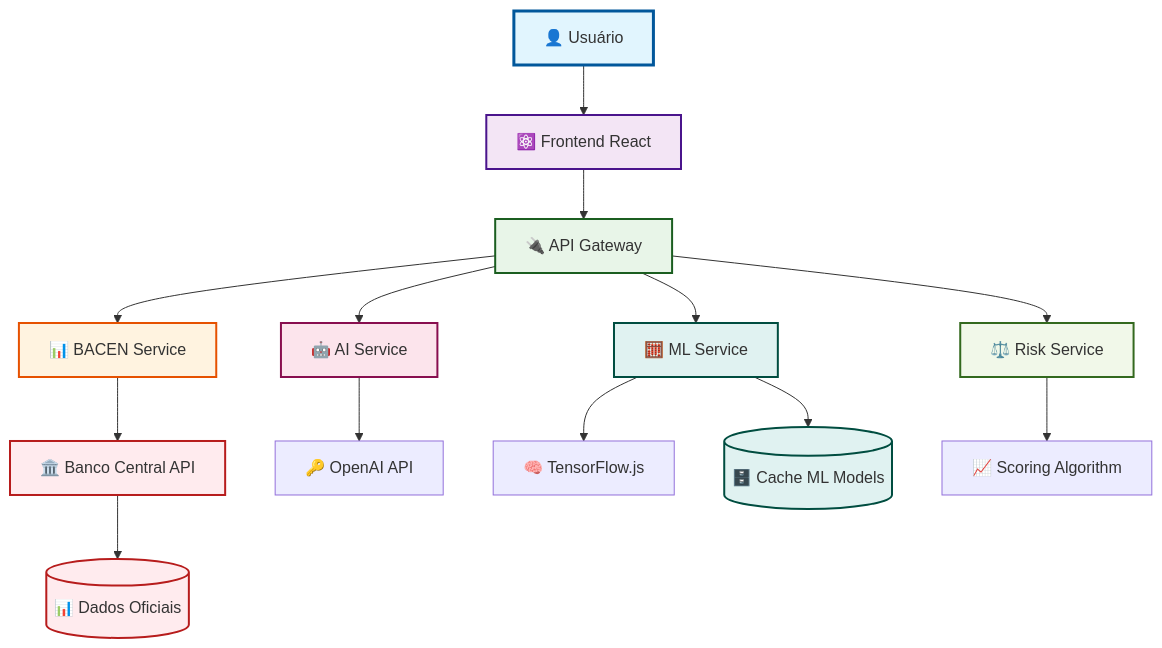
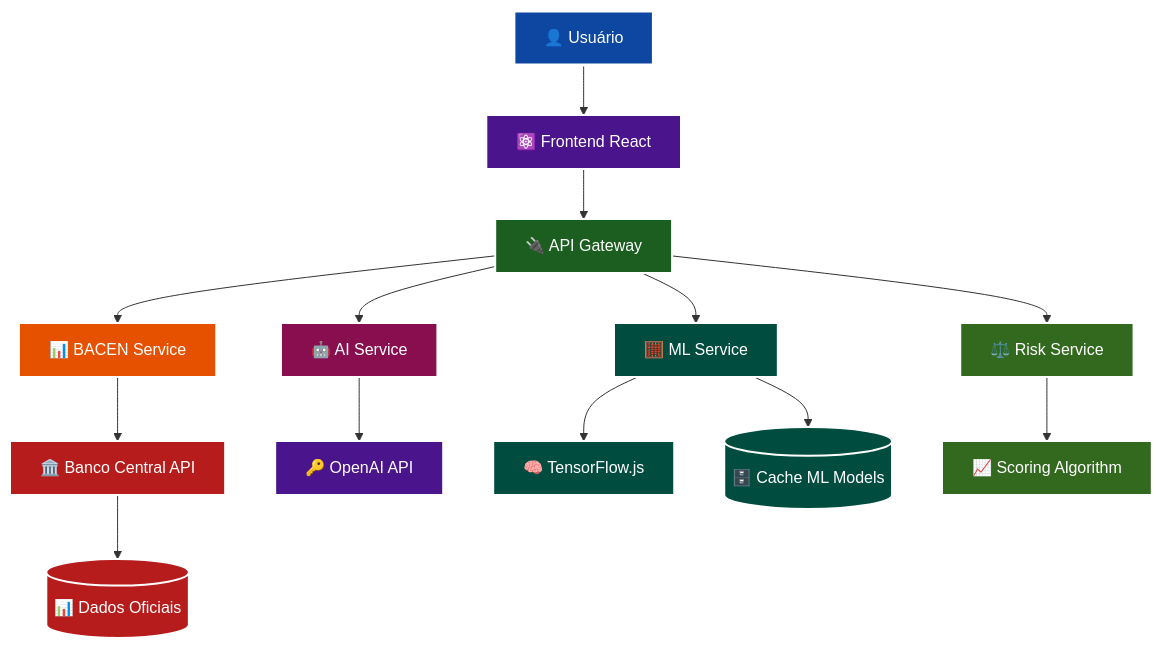
The first of 3 diagrams in README.md (gregorizeidler/CREDITECH), drawn with Mermaid before and after one commit. The commit also changed other lines of this file, not shown here.

Commit message:
🎨 Melhora contraste dos fluxogramas mermaid para melhor legibilidade

````diff
--- a/README.md
+++ b/README.md
@@ -527,29 +527,32 @@
 ```mermaid
 graph TD
     A[👤 Usuário] --> B[⚛️ Frontend React]
     B --> C[🔌 API Gateway]
     
     C --> D[📊 BACEN Service]
     C --> E[🤖 AI Service] 
     C --> F[🧮 ML Service]
     C --> G[⚖️ Risk Service]
     
     D --> H[🏛️ Banco Central API]
     E --> I[🔑 OpenAI API]
     F --> J[🧠 TensorFlow.js]
     G --> K[📈 Scoring Algorithm]
     
     H --> L[(📊 Dados Oficiais)]
     F --> M[(🗄️ Cache ML Models)]
     
-    style A fill:#e1f5fe,stroke:#01579b,stroke-width:3px
-    style B fill:#f3e5f5,stroke:#4a148c,stroke-width:2px
-    style C fill:#e8f5e8,stroke:#1b5e20,stroke-width:2px
-    style D fill:#fff3e0,stroke:#e65100,stroke-width:2px
-    style E fill:#fce4ec,stroke:#880e4f,stroke-width:2px
-    style F fill:#e0f2f1,stroke:#004d40,stroke-width:2px
-    style G fill:#f1f8e9,stroke:#33691e,stroke-width:2px
-    style H fill:#ffebee,stroke:#b71c1c,stroke-width:2px
-    style L fill:#ffebee,stroke:#b71c1c,stroke-width:2px
-    style M fill:#e0f2f1,stroke:#004d40,stroke-width:2px
+    style A fill:#0d47a1,stroke:#ffffff,stroke-width:3px,color:#ffffff
+    style B fill:#4a148c,stroke:#ffffff,stroke-width:2px,color:#ffffff
+    style C fill:#1b5e20,stroke:#ffffff,stroke-width:2px,color:#ffffff
+    style D fill:#e65100,stroke:#ffffff,stroke-width:2px,color:#ffffff
+    style E fill:#880e4f,stroke:#ffffff,stroke-width:2px,color:#ffffff
+    style F fill:#004d40,stroke:#ffffff,stroke-width:2px,color:#ffffff
+    style G fill:#33691e,stroke:#ffffff,stroke-width:2px,color:#ffffff
+    style H fill:#b71c1c,stroke:#ffffff,stroke-width:2px,color:#ffffff
+    style I fill:#4a148c,stroke:#ffffff,stroke-width:2px,color:#ffffff
+    style J fill:#004d40,stroke:#ffffff,stroke-width:2px,color:#ffffff
+    style K fill:#33691e,stroke:#ffffff,stroke-width:2px,color:#ffffff
+    style L fill:#b71c1c,stroke:#ffffff,stroke-width:2px,color:#ffffff
+    style M fill:#004d40,stroke:#ffffff,stroke-width:2px,color:#ffffff
 ```
````
